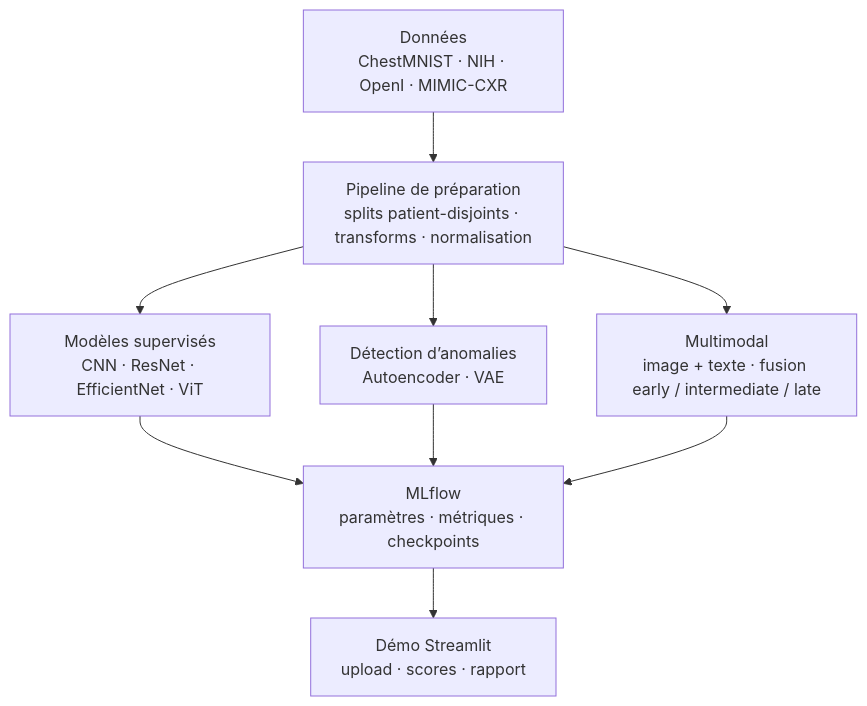
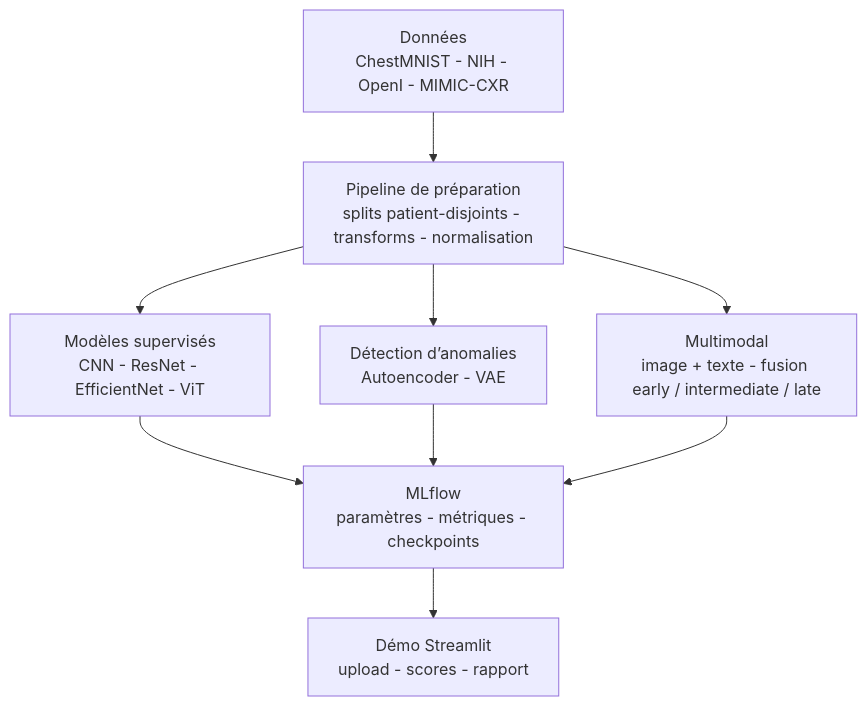
One commit to Adam-Blf/chest-xray-triage-system changed the diagram in README.md. Above: the diagram before and after it, drawn with Mermaid. The commit also changed other lines of this file, not shown here.

Commit message:
docs: typography pass, no em dash or middle dot (#1)

````diff
--- a/README.md
+++ b/README.md
@@ -15,14 +15,14 @@
 ```mermaid
 flowchart TB
-    D["Données<br/>ChestMNIST · NIH · OpenI · MIMIC-CXR"]
-    P["Pipeline de préparation<br/>splits patient-disjoints · transforms · normalisation"]
-    S["Modèles supervisés<br/>CNN · ResNet · EfficientNet · ViT"]
-    A["Détection d’anomalies<br/>Autoencoder · VAE"]
-    M["Multimodal<br/>image + texte · fusion early / intermediate / late"]
-    T["MLflow<br/>paramètres · métriques · checkpoints"]
-    U["Démo Streamlit<br/>upload · scores · rapport"]
+    D["Données<br/>ChestMNIST - NIH - OpenI - MIMIC-CXR"]
+    P["Pipeline de préparation<br/>splits patient-disjoints - transforms - normalisation"]
+    S["Modèles supervisés<br/>CNN - ResNet - EfficientNet - ViT"]
+    A["Détection d’anomalies<br/>Autoencoder - VAE"]
+    M["Multimodal<br/>image + texte - fusion early / intermediate / late"]
+    T["MLflow<br/>paramètres - métriques - checkpoints"]
+    U["Démo Streamlit<br/>upload - scores - rapport"]
 
     D --> P --> S --> T --> U
     P --> A --> T
     P --> M --> T
 ```
````
